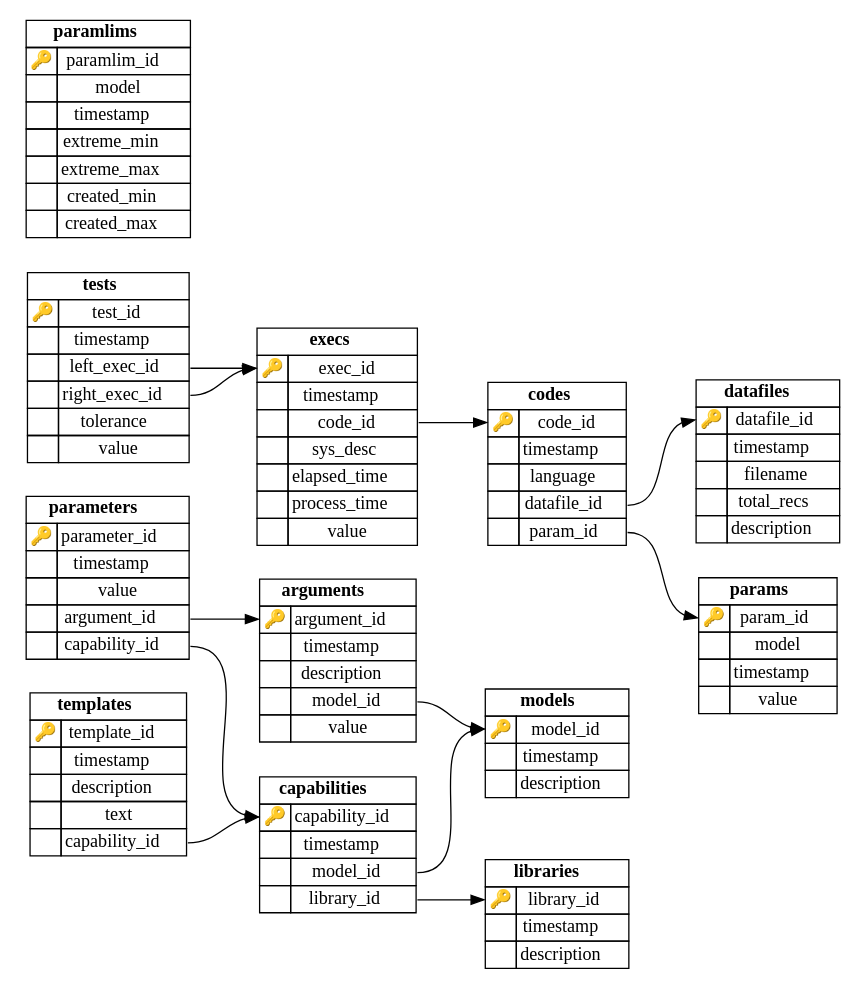
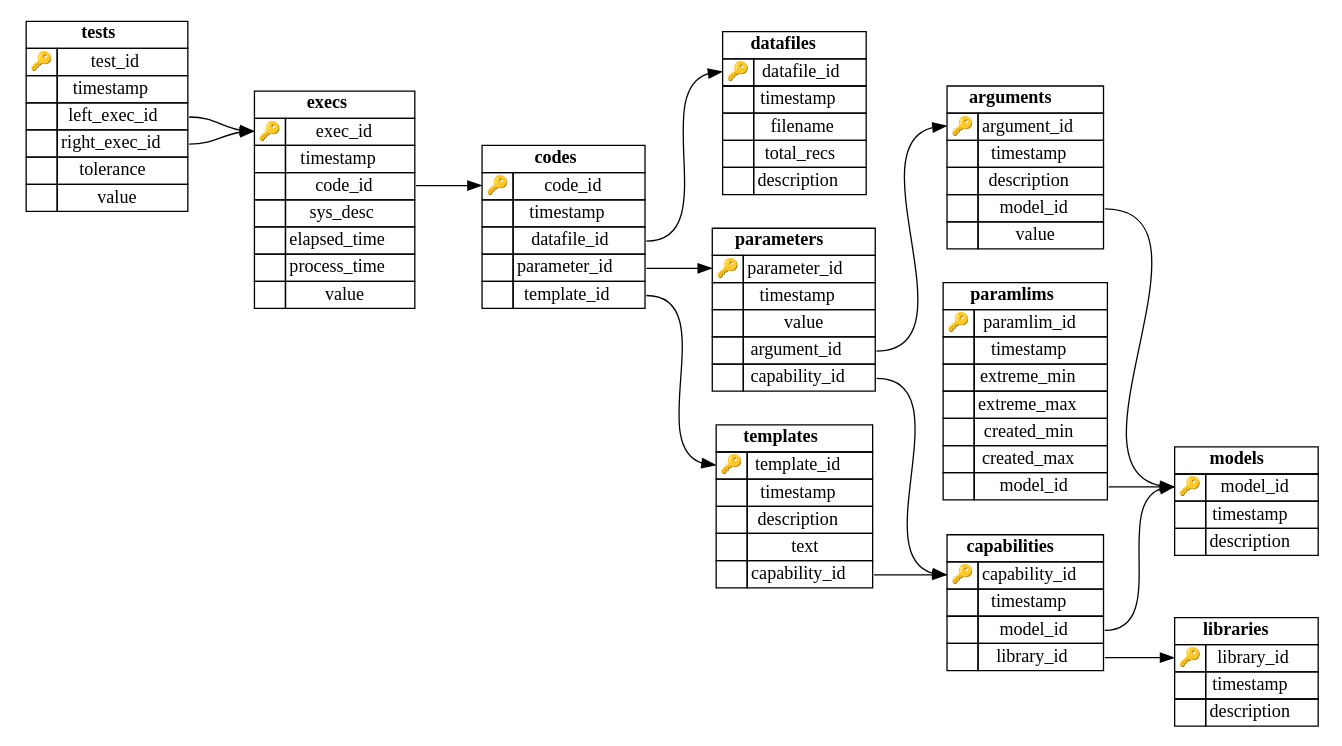
Before and after one commit to hgfernan/ctsa: the diagram in doc/img/schema.dot, drawn with Graphviz. The commit also changed 4 other files, not shown here.

```diff
--- a/doc/img/schema.dot
+++ b/doc/img/schema.dot
@@ -96,20 +96,20 @@
             
 
                 <TR>
-                    <TD PORT="language_to">&nbsp;</TD>
-                    <TD PORT="language_from">language</TD>
-                </TR>
-            
-
-                <TR>
                     <TD PORT="datafile_id_to">&nbsp;</TD>
                     <TD PORT="datafile_id_from">datafile_id</TD>
                 </TR>
             
 
                 <TR>
-                    <TD PORT="param_id_to">&nbsp;</TD>
-                    <TD PORT="param_id_from">param_id</TD>
+                    <TD PORT="parameter_id_to">&nbsp;</TD>
+                    <TD PORT="parameter_id_from">parameter_id</TD>
+                </TR>
+            
+
+                <TR>
+                    <TD PORT="template_id_to">&nbsp;</TD>
+                    <TD PORT="template_id_from">template_id</TD>
                 </TR>
             
             </TABLE>
@@ -306,12 +306,6 @@
             
 
                 <TR>
-                    <TD PORT="model_to">&nbsp;</TD>
-                    <TD PORT="model_from">model</TD>
-                </TR>
-            
-
-                <TR>
                     <TD PORT="timestamp_to">&nbsp;</TD>
                     <TD PORT="timestamp_from">timestamp</TD>
                 </TR>
@@ -340,36 +334,10 @@
                     <TD PORT="created_max_from">created_max</TD>
                 </TR>
             
-            </TABLE>
-        >];
-        
-params [label=<
-            <TABLE BORDER="0" CELLSPACING="0" CELLBORDER="1">
-                <TR>
-                    <TD COLSPAN="2"><B>params</B></TD>
-                </TR>
-            
-                <TR>
-                    <TD PORT="param_id_to">🔑</TD>
-                    <TD PORT="param_id_from">param_id</TD>
-                </TR>
-            
 
                 <TR>
-                    <TD PORT="model_to">&nbsp;</TD>
-                    <TD PORT="model_from">model</TD>
-                </TR>
-            
-
-                <TR>
-                    <TD PORT="timestamp_to">&nbsp;</TD>
-                    <TD PORT="timestamp_from">timestamp</TD>
-                </TR>
-            
-
-                <TR>
-                    <TD PORT="value_to">&nbsp;</TD>
-                    <TD PORT="value_from">value</TD>
+                    <TD PORT="model_id_to">&nbsp;</TD>
+                    <TD PORT="model_id_from">model_id</TD>
                 </TR>
             
             </TABLE>
@@ -463,7 +431,9 @@
 arguments:model_id_from:e -> models:model_id_to:w
 capabilities:library_id_from:e -> libraries:library_id_to:w
 capabilities:model_id_from:e -> models:model_id_to:w
-codes:param_id_from:e -> params:param_id_to:w
+paramlims:model_id_from:e -> models:model_id_to:w
+codes:template_id_from:e -> templates:template_id_to:w
+codes:parameter_id_from:e -> parameters:parameter_id_to:w
 codes:datafile_id_from:e -> datafiles:datafile_id_to:w
 execs:code_id_from:e -> codes:code_id_to:w
 tests:right_exec_id_from:e -> execs:exec_id_to:w
```
